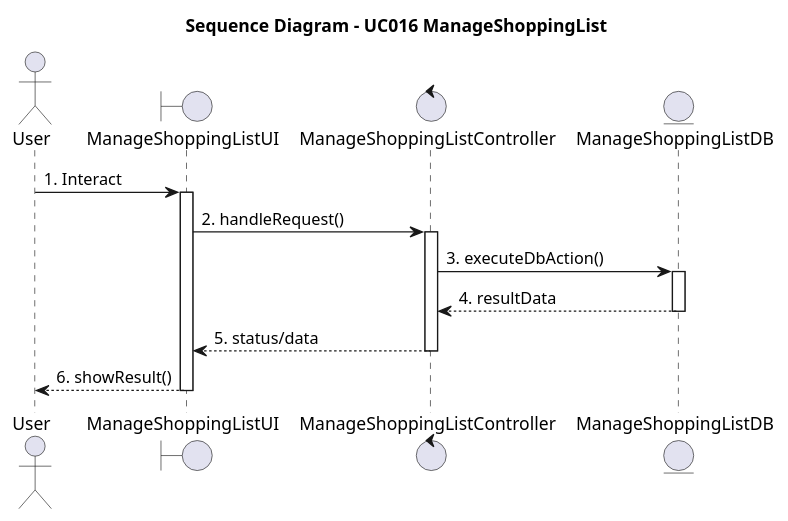
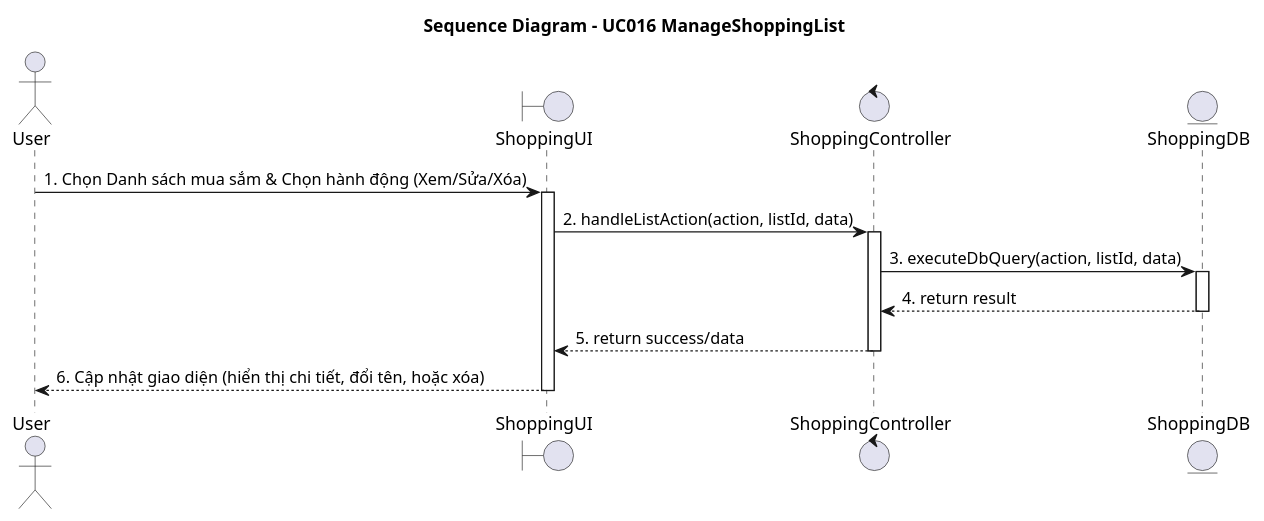
The diagram in diagrams/Module_3_ShoppingList/UC016_Xem,_Sửa_tên,_Xóa_danh_sách_mua_sắm_Sequence.puml (Alt2210/NaviMart), drawn with PlantUML before and after one commit. The commit also changed 31 other files, not shown here.

```diff
--- a/diagrams/Module_3_ShoppingList/UC016_Xem,_Sửa_tên,_Xóa_danh_sách_mua_sắm_Sequence.puml
+++ b/diagrams/Module_3_ShoppingList/UC016_Xem,_Sửa_tên,_Xóa_danh_sách_mua_sắm_Sequence.puml
@@ -1,21 +1,21 @@
 @startuml
 title Sequence Diagram - UC016 ManageShoppingList
 
 actor "User" as Actor
-boundary "ManageShoppingListUI" as UI
-control "ManageShoppingListController" as Controller
-entity "ManageShoppingListDB" as Entity
+boundary "ShoppingUI" as UI
+control "ShoppingController" as Controller
+entity "ShoppingDB" as Entity
 
-Actor -> UI : 1. Interact
+Actor -> UI : 1. Chọn Danh sách mua sắm & Chọn hành động (Xem/Sửa/Xóa)
 activate UI
-UI -> Controller : 2. handleRequest()
+UI -> Controller : 2. handleListAction(action, listId, data)
 activate Controller
-Controller -> Entity : 3. executeDbAction()
+Controller -> Entity : 3. executeDbQuery(action, listId, data)
 activate Entity
-Entity --> Controller : 4. resultData
+Entity --> Controller : 4. return result
 deactivate Entity
-Controller --> UI : 5. status/data
+Controller --> UI : 5. return success/data
 deactivate Controller
-UI --> Actor : 6. showResult()
+UI --> Actor : 6. Cập nhật giao diện (hiển thị chi tiết, đổi tên, hoặc xóa)
 deactivate UI
 @enduml
```
